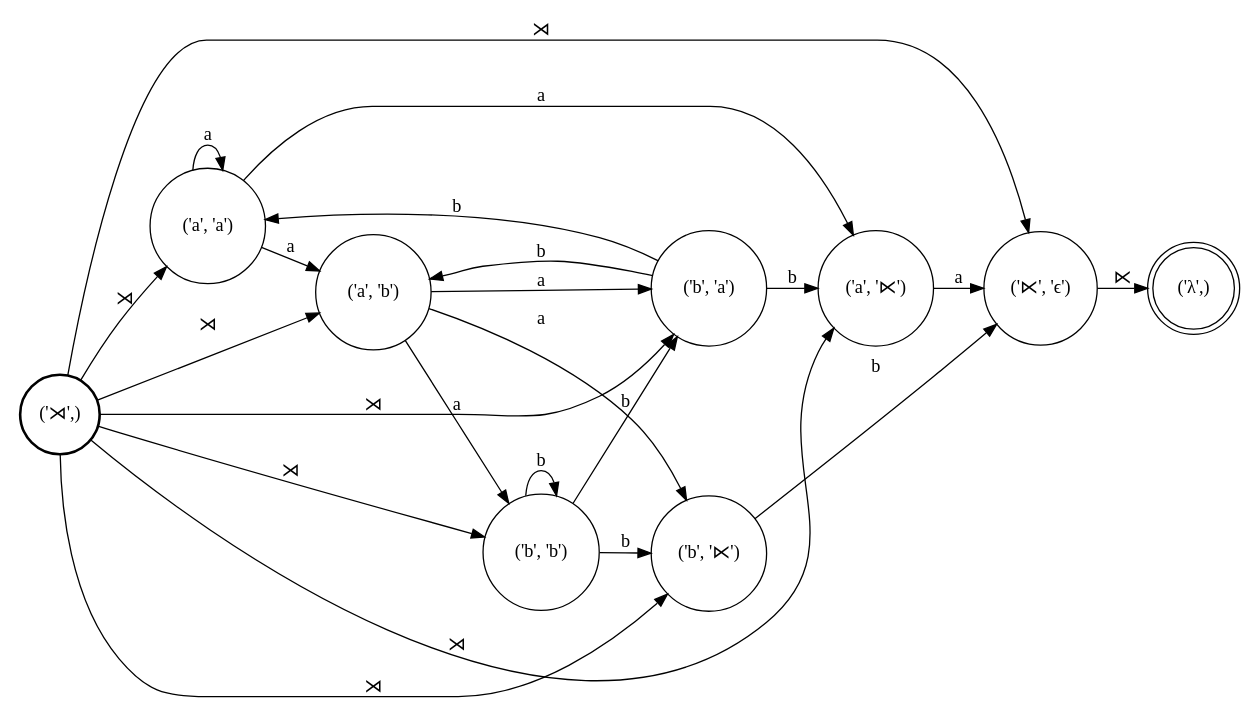
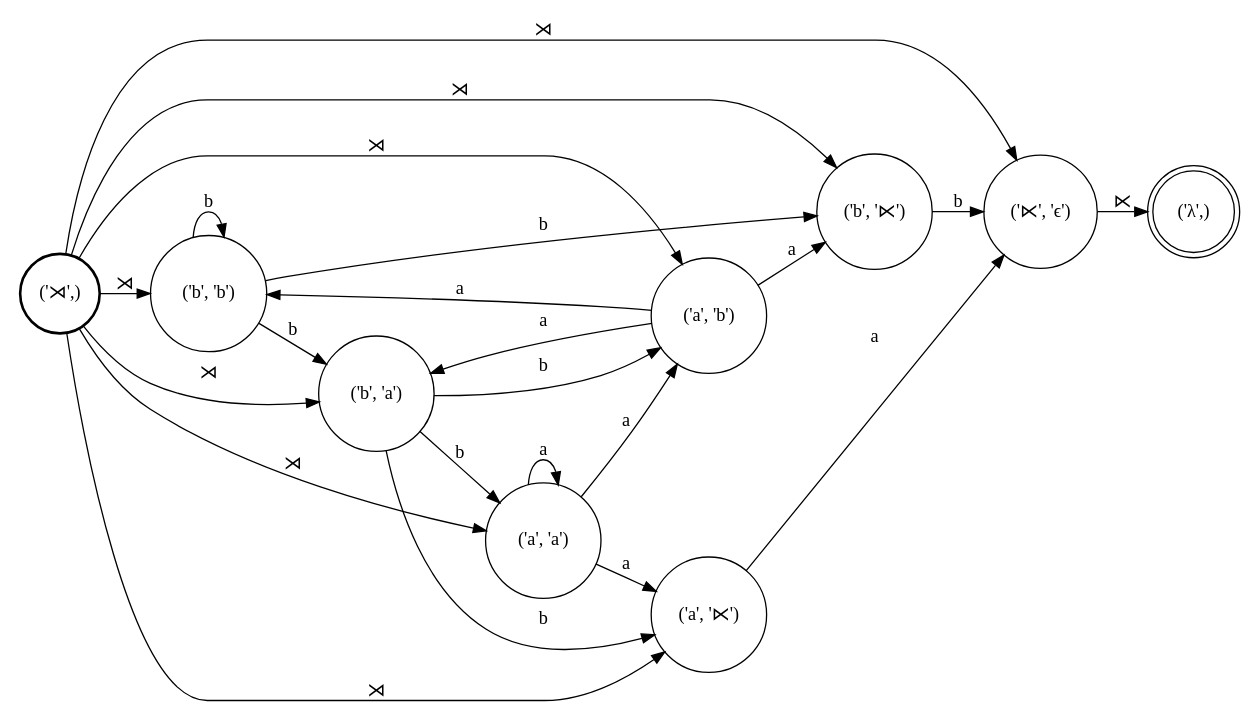
The diagram in demo/R.dot (colincwilson/wynini), drawn with Graphviz before and after one commit. The commit also changed 6 other files, not shown here.

```diff
--- a/demo/R.dot
+++ b/demo/R.dot
@@ -1,39 +1,39 @@
 digraph FST {
 rankdir = LR;
 size = "8.5,11";
 center = 1;
 orientation = Portrait;
 ranksep = "0.4";
 nodesep = "0.25";
 8 [label = "('⋊',)", shape = circle, style = bold, fontsize = 14]
 	8 -> 7 [label = "⋊", fontsize = 14];
-	8 -> 1 [label = "⋊", fontsize = 14];
-	8 -> 5 [label = "⋊", fontsize = 14];
-	8 -> 4 [label = "⋊", fontsize = 14];
 	8 -> 6 [label = "⋊", fontsize = 14];
 	8 -> 3 [label = "⋊", fontsize = 14];
 	8 -> 2 [label = "⋊", fontsize = 14];
+	8 -> 4 [label = "⋊", fontsize = 14];
+	8 -> 5 [label = "⋊", fontsize = 14];
+	8 -> 1 [label = "⋊", fontsize = 14];
 0 [label = "('λ',)", shape = doublecircle, style = solid, fontsize = 14]
 1 [label = "('⋉', 'ϵ')", shape = circle, style = solid, fontsize = 14]
 	1 -> 0 [label = "⋉", fontsize = 14];
-2 [label = "('b', '⋉')", shape = circle, style = solid, fontsize = 14]
-	2 -> 1 [label = "b", fontsize = 14];
-3 [label = "('a', '⋉')", shape = circle, style = solid, fontsize = 14]
-	3 -> 1 [label = "a", fontsize = 14];
-4 [label = "('b', 'b')", shape = circle, style = solid, fontsize = 14]
-	4 -> 2 [label = "b", fontsize = 14];
-	4 -> 4 [label = "b", fontsize = 14];
-	4 -> 6 [label = "b", fontsize = 14];
-5 [label = "('a', 'b')", shape = circle, style = solid, fontsize = 14]
-	5 -> 2 [label = "a", fontsize = 14];
-	5 -> 4 [label = "a", fontsize = 14];
-	5 -> 6 [label = "a", fontsize = 14];
-6 [label = "('b', 'a')", shape = circle, style = solid, fontsize = 14]
-	6 -> 3 [label = "b", fontsize = 14];
-	6 -> 5 [label = "b", fontsize = 14];
-	6 -> 7 [label = "b", fontsize = 14];
-7 [label = "('a', 'a')", shape = circle, style = solid, fontsize = 14]
-	7 -> 3 [label = "a", fontsize = 14];
-	7 -> 5 [label = "a", fontsize = 14];
-	7 -> 7 [label = "a", fontsize = 14];
+2 [label = "('a', '⋉')", shape = circle, style = solid, fontsize = 14]
+	2 -> 1 [label = "a", fontsize = 14];
+3 [label = "('b', '⋉')", shape = circle, style = solid, fontsize = 14]
+	3 -> 1 [label = "b", fontsize = 14];
+4 [label = "('a', 'a')", shape = circle, style = solid, fontsize = 14]
+	4 -> 2 [label = "a", fontsize = 14];
+	4 -> 6 [label = "a", fontsize = 14];
+	4 -> 4 [label = "a", fontsize = 14];
+5 [label = "('b', 'a')", shape = circle, style = solid, fontsize = 14]
+	5 -> 2 [label = "b", fontsize = 14];
+	5 -> 6 [label = "b", fontsize = 14];
+	5 -> 4 [label = "b", fontsize = 14];
+6 [label = "('a', 'b')", shape = circle, style = solid, fontsize = 14]
+	6 -> 3 [label = "a", fontsize = 14];
+	6 -> 5 [label = "a", fontsize = 14];
+	6 -> 7 [label = "a", fontsize = 14];
+7 [label = "('b', 'b')", shape = circle, style = solid, fontsize = 14]
+	7 -> 3 [label = "b", fontsize = 14];
+	7 -> 5 [label = "b", fontsize = 14];
+	7 -> 7 [label = "b", fontsize = 14];
 }
```
